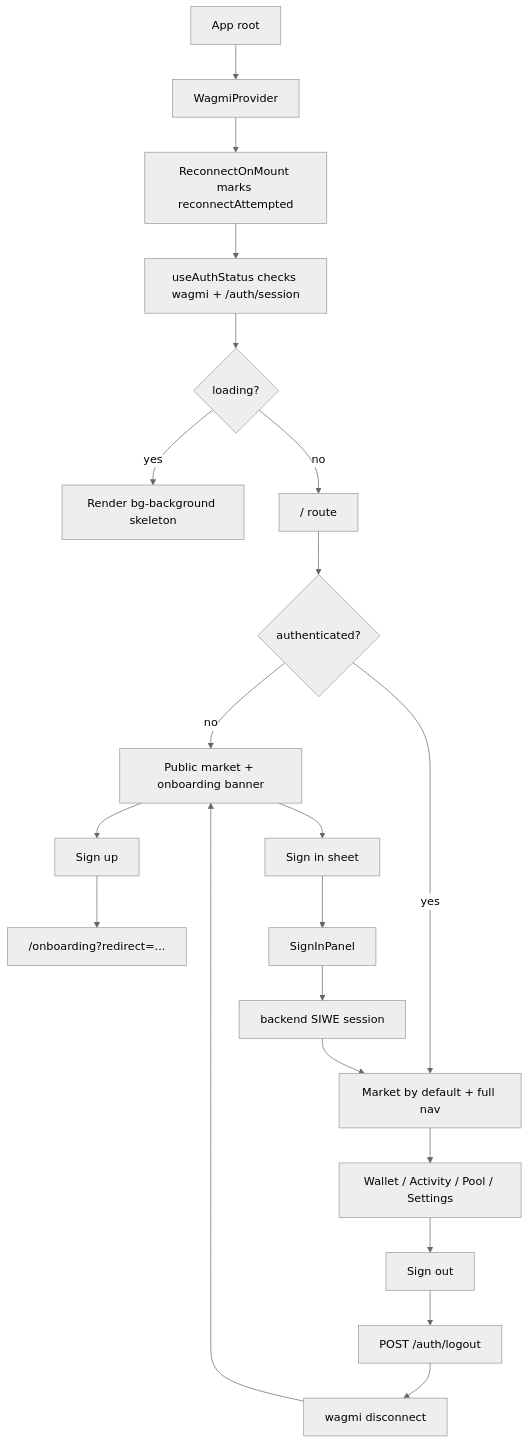
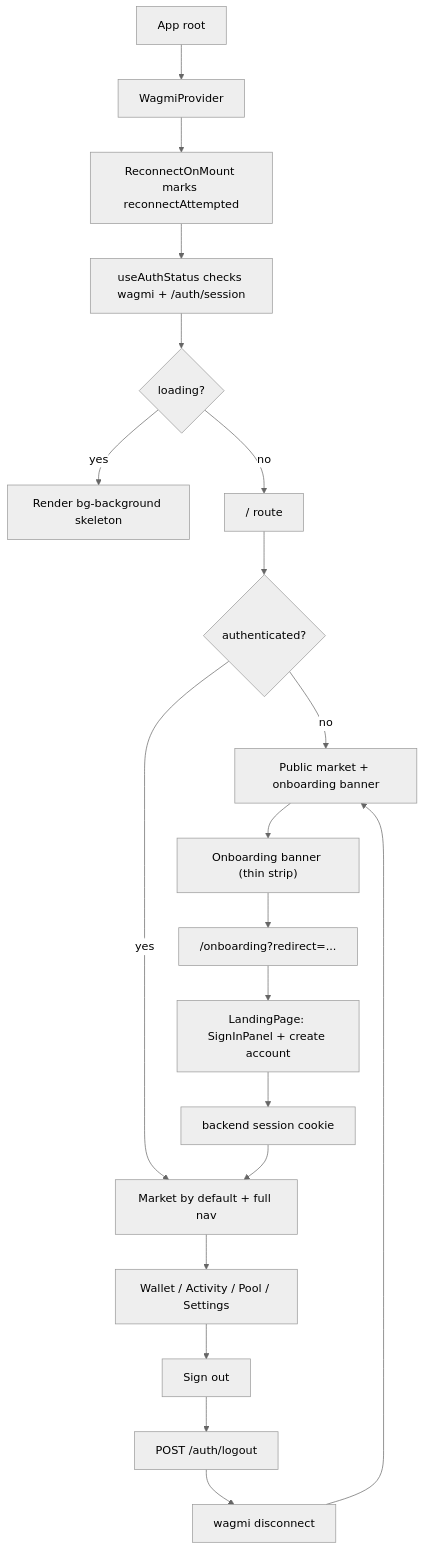
Before and after one commit to cosmo-local-credit/clc-app: the diagram in docs/AUTH.md, drawn with Mermaid (neutral theme). The commit also changed other lines of this file and 14 other files, not shown here.

First line of the commit message:
fix: passkey sign-in via webauthn assertion; thin onboarding banner

````diff
--- a/docs/AUTH.md
+++ b/docs/AUTH.md
@@ -51,26 +63,25 @@
 ```mermaid
 flowchart TD
   App["App root"] --> Web3["WagmiProvider"]
   Web3 --> Bootstrap["ReconnectOnMount marks reconnectAttempted"]
   Bootstrap --> Auth["useAuthStatus checks wagmi + /auth/session"]
   Auth --> Loading{"loading?"}
   Loading -->|"yes"| Skeleton["Render bg-background skeleton"]
   Loading -->|"no"| Index["/ route"]
 
   Index --> Guest{"authenticated?"}
   Guest -->|"no"| MarketGuest["Public market + onboarding banner"]
   Guest -->|"yes"| MarketAuth["Market by default + full nav"]
 
-  MarketGuest --> SignUp["Sign up"]
-  MarketGuest --> SignIn["Sign in sheet"]
-  SignUp --> Onboarding["/onboarding?redirect=..."]
-  SignIn --> Panel["SignInPanel"]
-  Panel --> Session["backend SIWE session"]
+  MarketGuest --> Strip["Onboarding banner (thin strip)"]
+  Strip --> Onboarding["/onboarding?redirect=..."]
+  Onboarding --> Panel["LandingPage: SignInPanel + create account"]
+  Panel --> Session["backend session cookie"]
   Session --> MarketAuth
 
   MarketAuth --> PrivateTabs["Wallet / Activity / Pool / Settings"]
   PrivateTabs --> SignOut["Sign out"]
   SignOut --> Logout["POST /auth/logout"]
   Logout --> Disconnect["wagmi disconnect"]
   Disconnect --> MarketGuest
 ```
````
